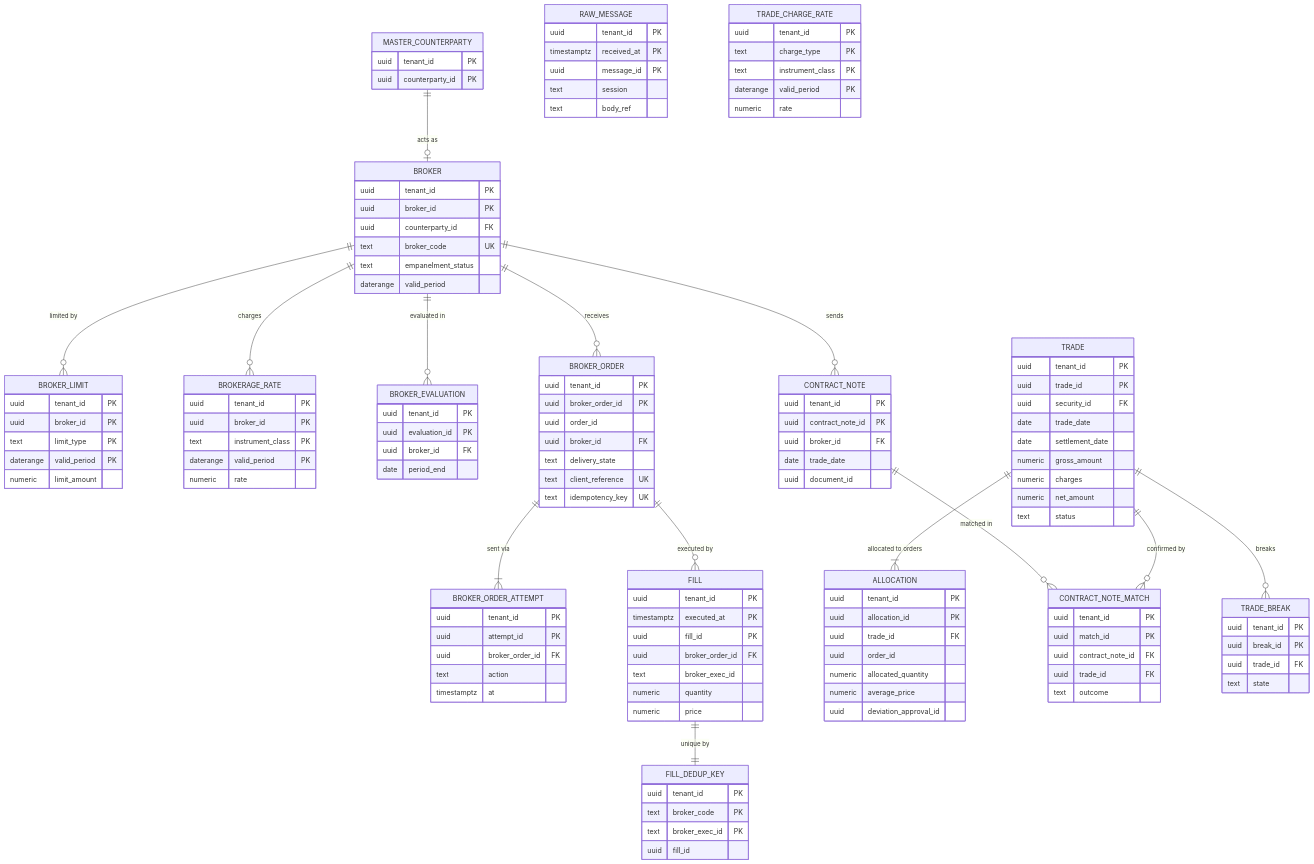
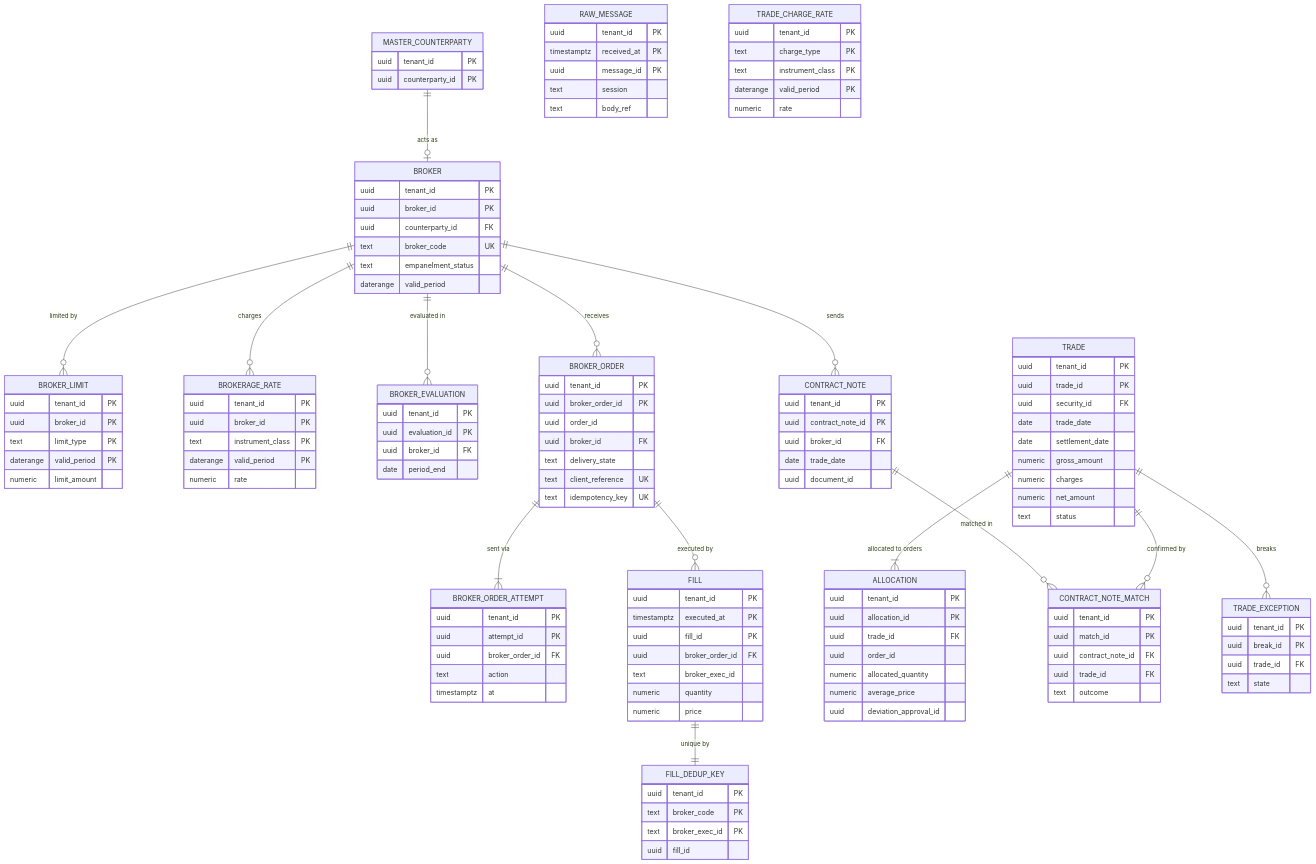
Before and after one commit to suchitdubey7/AMC-OS: the diagram in architecture/erds/D06_execution.md, drawn with Mermaid. The commit also changed other lines of this file and 19 other files, not shown here.

```diff
--- a/architecture/erds/D06_execution.md
+++ b/architecture/erds/D06_execution.md
@@ -20,7 +20,7 @@
   BROKER ||--o{ CONTRACT_NOTE : "sends"
   CONTRACT_NOTE ||--o{ CONTRACT_NOTE_MATCH : "matched in"
   TRADE ||--o{ CONTRACT_NOTE_MATCH : "confirmed by"
-  TRADE ||--o{ TRADE_BREAK : "breaks"
+  TRADE ||--o{ TRADE_EXCEPTION : "breaks"
   BROKER {
     uuid tenant_id PK
     uuid broker_id PK
@@ -121,7 +121,7 @@
     uuid trade_id FK
     text outcome
   }
-  TRADE_BREAK {
+  TRADE_EXCEPTION {
     uuid tenant_id PK
     uuid break_id PK
     uuid trade_id FK
```
